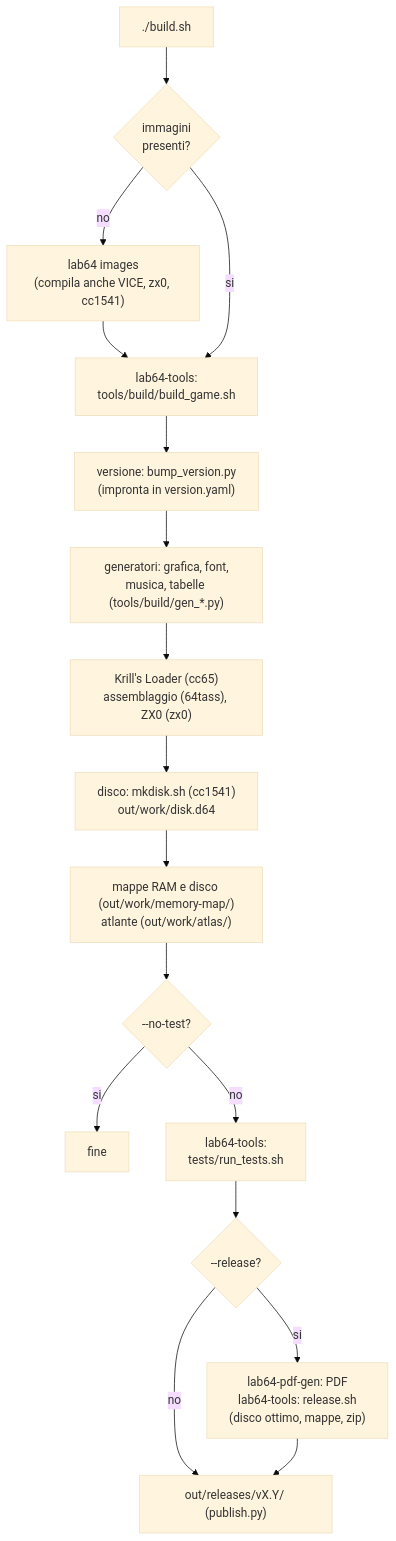
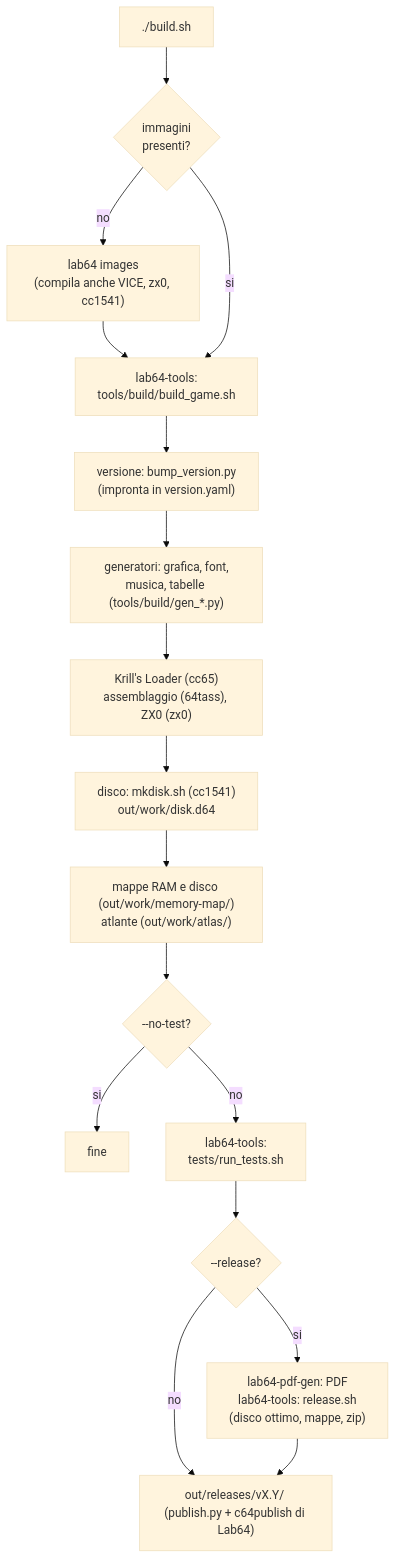
One commit to caporalesimone/barbarian-the-blood-path changed the second of 3 diagrams in docs/getting-started.md. Above: the diagram before and after it, drawn with Mermaid (base theme). The commit also changed other lines of this file and 8 other files, not shown here.

````diff
--- a/docs/getting-started.md
+++ b/docs/getting-started.md
@@ -112,17 +114,17 @@
 ```mermaid
 flowchart TD
   A["./build.sh"] --> C{"immagini<br/>presenti?"}
   C -->|no| D["lab64 images<br/>(compila anche VICE, zx0, cc1541)"] --> E
   C -->|si| E["lab64-tools:<br/>tools/build/build_game.sh"]
   E --> E1["versione: bump_version.py<br/>(impronta in version.yaml)"]
   E1 --> E2["generatori: grafica, font,<br/>musica, tabelle (tools/build/gen_*.py)"]
   E2 --> E3["Krill's Loader (cc65)<br/>assemblaggio (64tass), ZX0 (zx0)"]
   E3 --> E4["disco: mkdisk.sh (cc1541)<br/>out/work/disk.d64"]
   E4 --> E5["mappe RAM e disco (out/work/memory-map/)<br/>atlante (out/work/atlas/)"]
   E5 --> F{"--no-test?"}
   F -->|si| Z["fine"]
   F -->|no| G["lab64-tools:<br/>tests/run_tests.sh"]
   G --> H{"--release?"}
-  H -->|no| Y["out/releases/vX.Y/ (publish.py)"]
+  H -->|no| Y["out/releases/vX.Y/ (publish.py + c64publish di Lab64)"]
   H -->|si| I["lab64-pdf-gen: PDF<br/>lab64-tools: release.sh<br/>(disco ottimo, mappe, zip)"] --> Y
 ```
````
